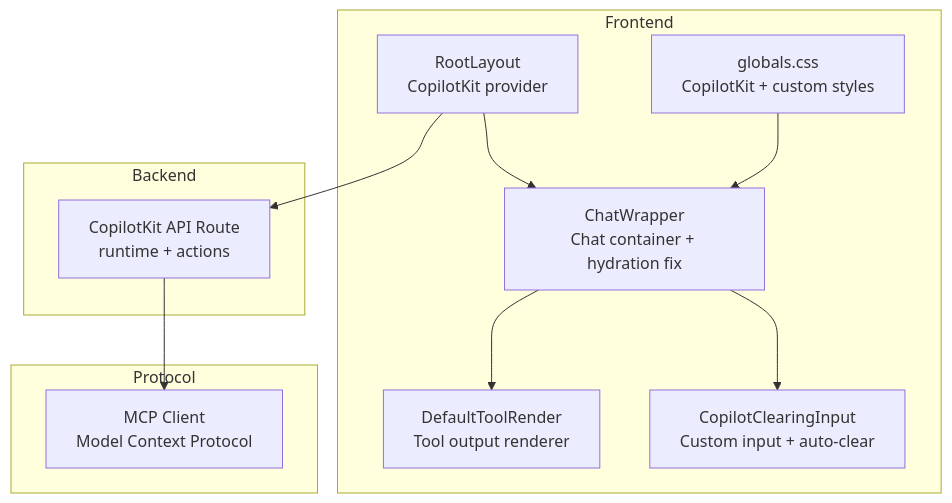
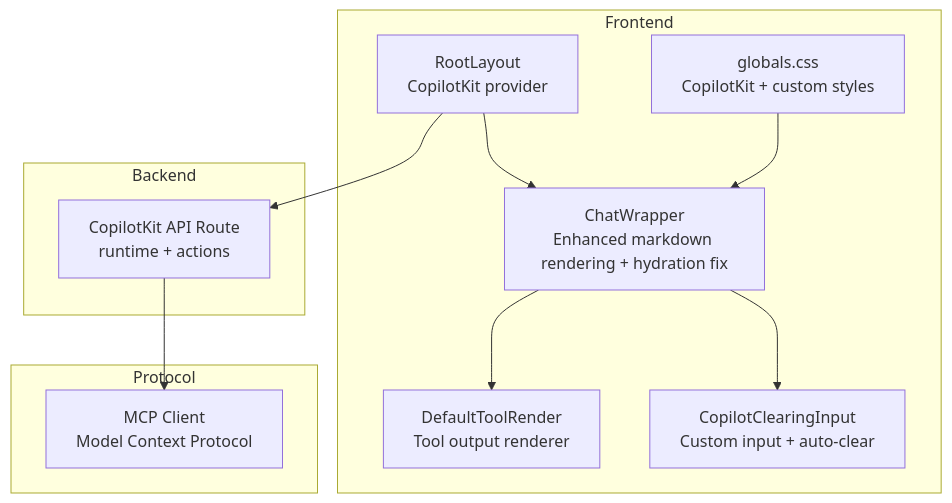
The first of 8 diagrams in .qoder/repowiki/en/content/UI Components/Chat Interface Components.md (peixuanhu/goal-mate), drawn with Mermaid before and after one commit. The commit also changed other lines of this file and 6 other files, not shown here.

````diff
--- a/.qoder/repowiki/en/content/UI Components/Chat Interface Components.md
+++ b/.qoder/repowiki/en/content/UI Components/Chat Interface Components.md
@@ -45,22 +53,22 @@
 ```mermaid
 graph TB
 subgraph "Frontend"
-CW["ChatWrapper<br/>Chat container + hydration fix"]
+CW["ChatWrapper<br/>Enhanced markdown rendering + hydration fix"]
 CI["CopilotClearingInput<br/>Custom input + auto-clear"]
 DTR["DefaultToolRender<br/>Tool output renderer"]
 LYT["RootLayout<br/>CopilotKit provider"]
 GCS["globals.css<br/>CopilotKit + custom styles"]
 end
 subgraph "Backend"
 API["CopilotKit API Route<br/>runtime + actions"]
 end
 subgraph "Protocol"
 MCP["MCP Client<br/>Model Context Protocol"]
 end
 CW --> CI
 CW --> DTR
 LYT --> CW
 LYT --> API
 API --> MCP
 GCS --> CW
 ```
````
